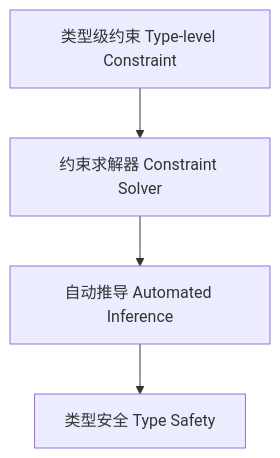
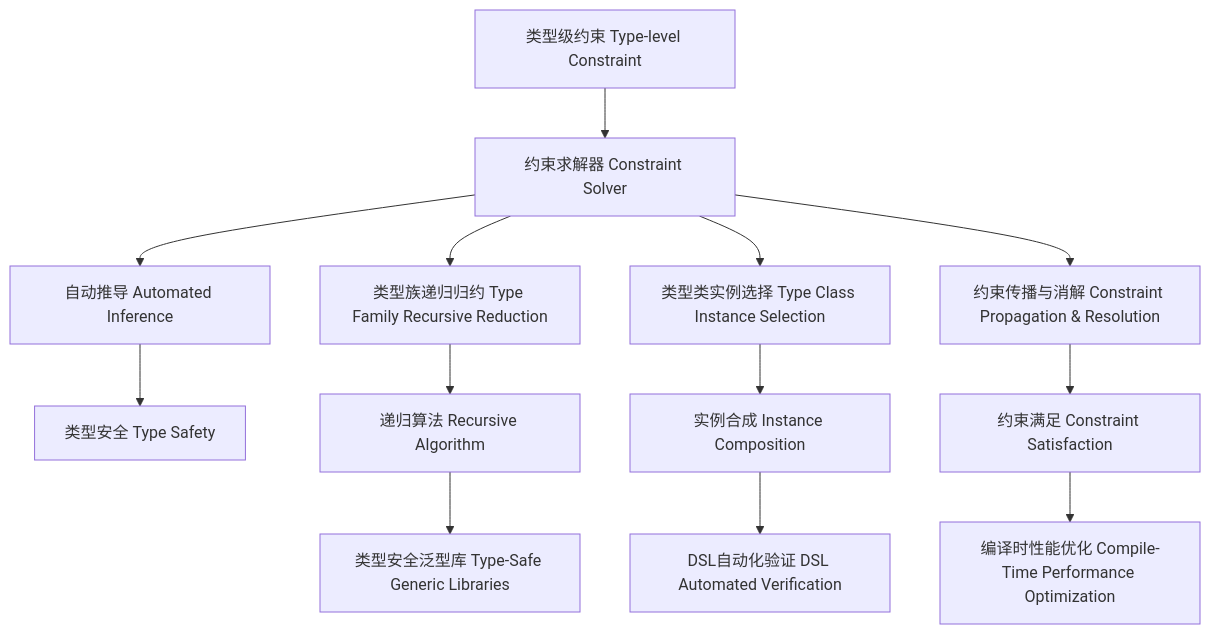
The diagram in docs/analysis/Type-Level/01-Constraint-Solver.md (AdaMartin18010/haskell), drawn with Mermaid before and after one commit. The commit also changed other lines of this file and 27 other files, not shown here.

````diff
--- a/docs/analysis/Type-Level/01-Constraint-Solver.md
+++ b/docs/analysis/Type-Level/01-Constraint-Solver.md
@@ -47,6 +464,18 @@
 ```mermaid
 graph TD
   A["类型级约束 Type-level Constraint"] --> B["约束求解器 Constraint Solver"]
   B --> C["自动推导 Automated Inference"]
   C --> D["类型安全 Type Safety"]
+  
+  B --> E["类型族递归归约 Type Family Recursive Reduction"]
+  B --> F["类型类实例选择 Type Class Instance Selection"]
+  B --> G["约束传播与消解 Constraint Propagation & Resolution"]
+  
+  E --> H["递归算法 Recursive Algorithm"]
+  F --> I["实例合成 Instance Composition"]
+  G --> J["约束满足 Constraint Satisfaction"]
+  
+  H --> K["类型安全泛型库 Type-Safe Generic Libraries"]
+  I --> L["DSL自动化验证 DSL Automated Verification"]
+  J --> M["编译时性能优化 Compile-Time Performance Optimization"]
 ```
````
